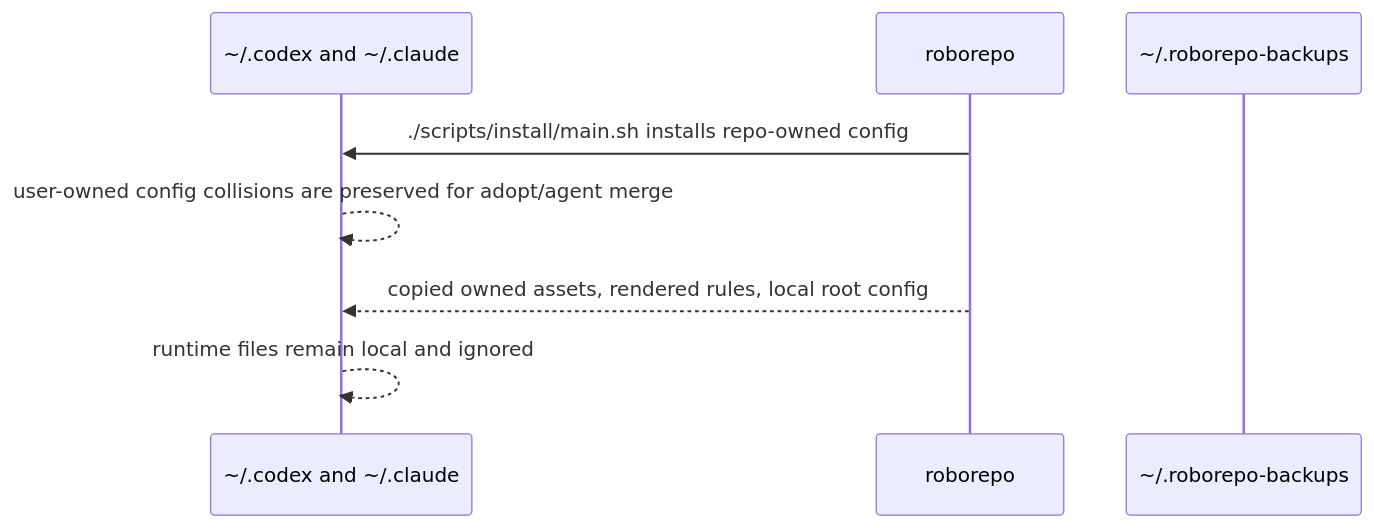
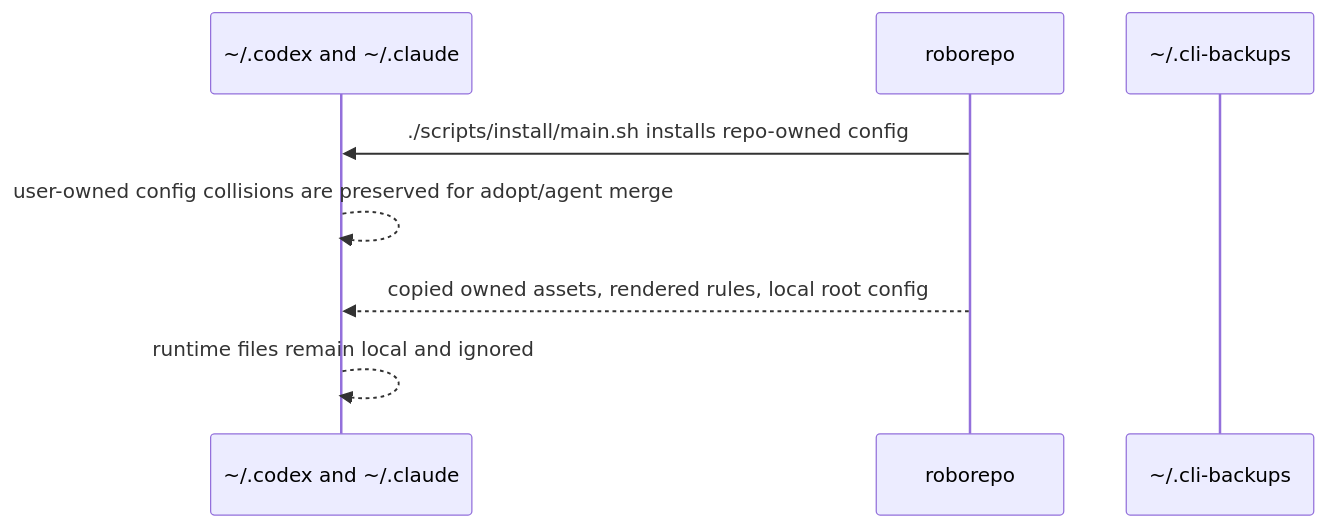
The second of 2 diagrams in docs/user/reference/architecture.md (kirinmurphy/roborepo), drawn with Mermaid before and after one commit. The commit also changed 23 other files, not shown here.

````diff
--- a/docs/user/reference/architecture.md
+++ b/docs/user/reference/architecture.md
@@ -297,11 +297,11 @@
 ```mermaid
 sequenceDiagram
   participant Home as ~/.codex and ~/.claude
   participant Repo as roborepo
-  participant Backup as ~/.roborepo-backups
+  participant Backup as ~/.cli-backups
 
   Repo->>Home: ./scripts/install/main.sh installs repo-owned config
   Home-->>Home: user-owned config collisions are preserved for adopt/agent merge
   Repo-->>Home: copied owned assets, rendered rules, local root config
   Home-->>Home: runtime files remain local and ignored
 ```
````
